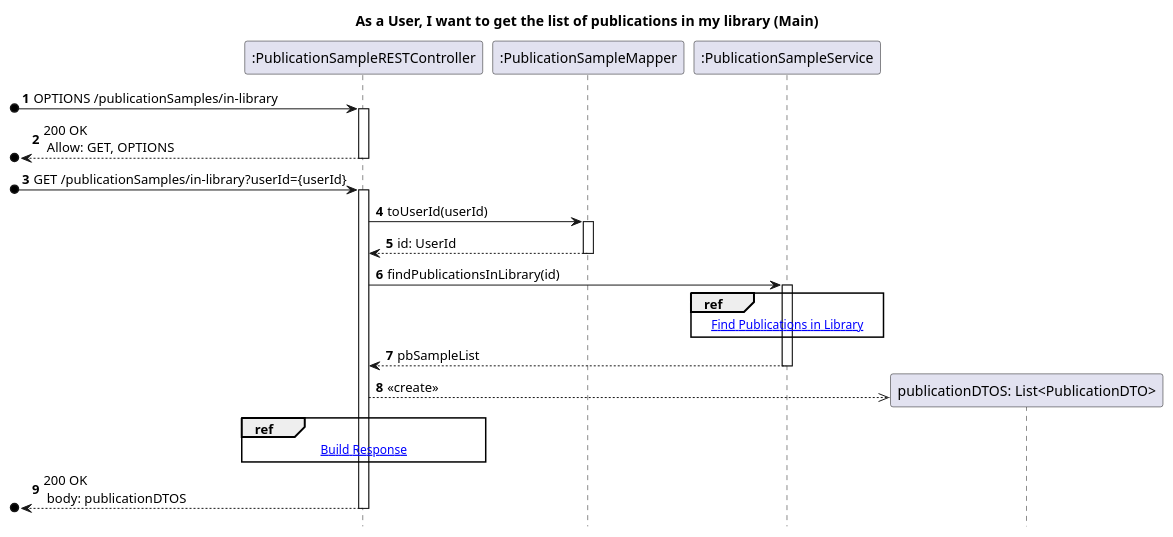
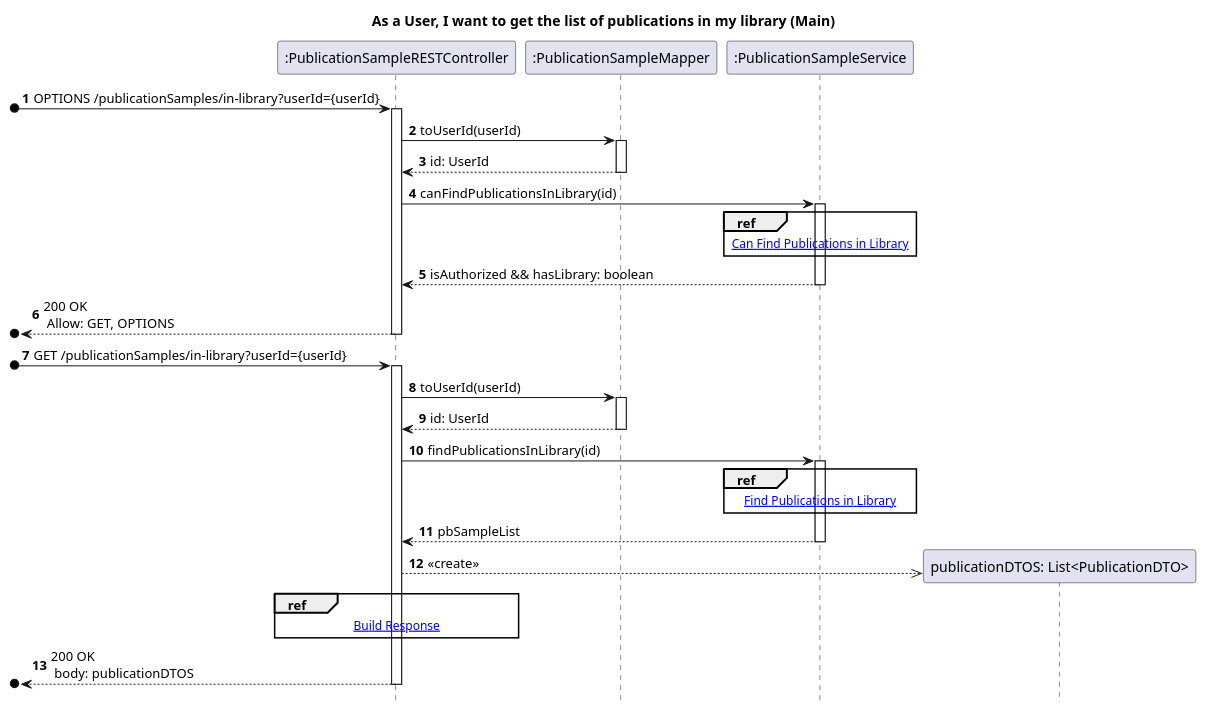
Before and after one commit to AndrePereiraGitH/SWitCH-Project-Team_A: the diagram in Diagrams/SequenceDiagrams/N2/To-Get-List-Of-Publications-In-My-Library/REST/1_BackendMainDiagram.puml, drawn with PlantUML. The commit also changed 11 other files, not shown here.

Commit message:
docs #980: refactor sequence and class diagrams to reflect can* precondition changes (To_Get_List_Of_Publications_In_My_Library)

```diff
--- a/Diagrams/SequenceDiagrams/N2/To-Get-List-Of-Publications-In-My-Library/REST/1_BackendMainDiagram.puml
+++ b/Diagrams/SequenceDiagrams/N2/To-Get-List-Of-Publications-In-My-Library/REST/1_BackendMainDiagram.puml
@@ -1,43 +1,59 @@
 @startuml
 autonumber
 hide footbox
 title As a User, I want to get the list of publications in my library (Main)
 
 participant ":PublicationSampleRESTController" as Ctrl
 participant ":PublicationSampleMapper" as Mapper
 participant ":PublicationSampleService" as Service
 participant "publicationDTOS: List<PublicationDTO>" as ListDTO
 
-[o-> Ctrl : OPTIONS /publicationSamples/in-library
+[o-> Ctrl : OPTIONS /publicationSamples/in-library?userId={userId}
 activate Ctrl
+
+Ctrl -> Mapper : toUserId(userId)
+activate Mapper
+Mapper --> Ctrl : id: UserId
+deactivate Mapper
+
+Ctrl -> Service : canFindPublicationsInLibrary(id)
+activate Service
+
+ref over Service
+[[2_BackendCanFindPublicationsInLibrary.puml Can Find Publications in Library]]
+end ref
+
+Service --> Ctrl : isAuthorized && hasLibrary: boolean
+deactivate Service
+
 [o<-- Ctrl : 200 OK\n Allow: GET, OPTIONS
 deactivate Ctrl
 
 [o-> Ctrl : GET /publicationSamples/in-library?userId={userId}
 activate Ctrl
 
 Ctrl -> Mapper : toUserId(userId)
 activate Mapper
 Mapper --> Ctrl : id: UserId
 deactivate Mapper
 
 Ctrl -> Service : findPublicationsInLibrary(id)
 activate Service
 
 ref over Service
-[[2_BackendFindPublicationsInLibrary.puml Find Publications in Library]]
+[[3_BackendFindPublicationsInLibrary.puml Find Publications in Library]]
 end ref
 
 Service --> Ctrl : pbSampleList
 deactivate Service
 
 Ctrl -->> ListDTO ** : <<create>>
 
 ref over Ctrl
-[[3_BackendBuildResponse.puml Build Response]]
+[[4_BackendBuildResponse.puml Build Response]]
 end ref
 
 [o<-- Ctrl : 200 OK\n body: publicationDTOS
 deactivate Ctrl
 
 @enduml
```
